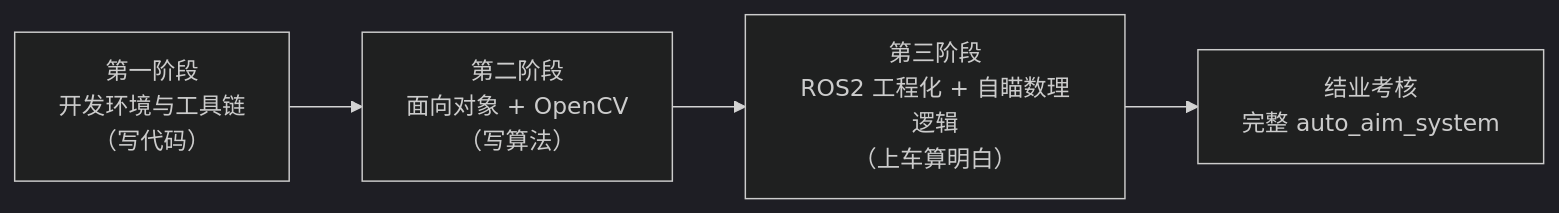
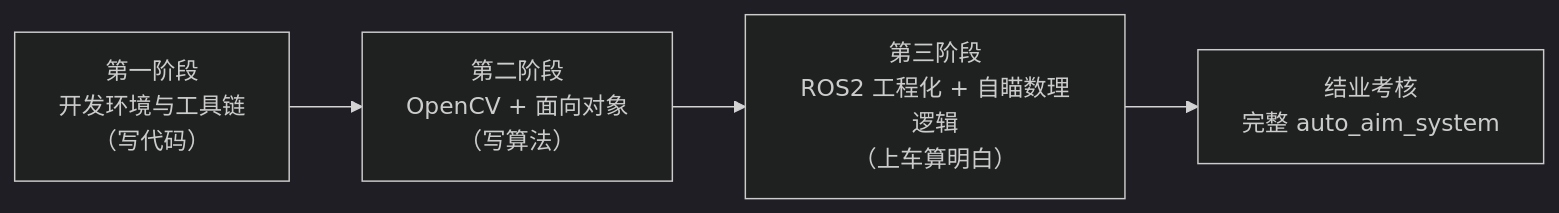
One commit to SPR-Algorithm/SPR_Vision_Tutorial_27 changed the first of 2 diagrams in Readme.md. Above: the diagram before and after it, drawn with Mermaid (dark theme). The commit also changed other lines of this file and 34 other files, not shown here.

````diff
--- a/Readme.md
+++ b/Readme.md
@@ -45,6 +45,6 @@
 ```mermaid
 flowchart LR
-    A["第一阶段<br/>开发环境与工具链<br/>（写代码）"] --> B["第二阶段<br/>面向对象 + OpenCV<br/>（写算法）"]
+    A["第一阶段<br/>开发环境与工具链<br/>（写代码）"] --> B["第二阶段<br/>OpenCV + 面向对象<br/>（写算法）"]
     B --> C["第三阶段<br/>ROS2 工程化 + 自瞄数理逻辑<br/>（上车算明白）"]
     C --> D["结业考核<br/>完整 auto_aim_system"]
 ```
````
